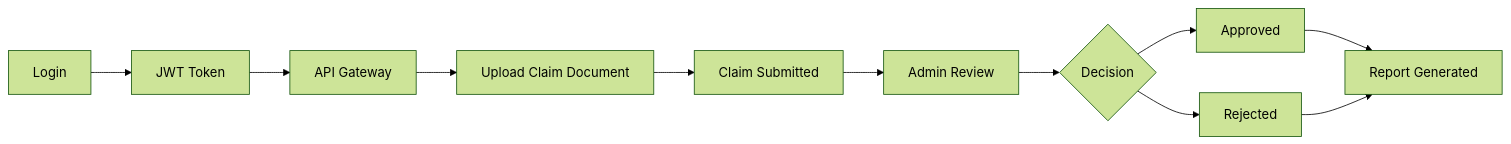
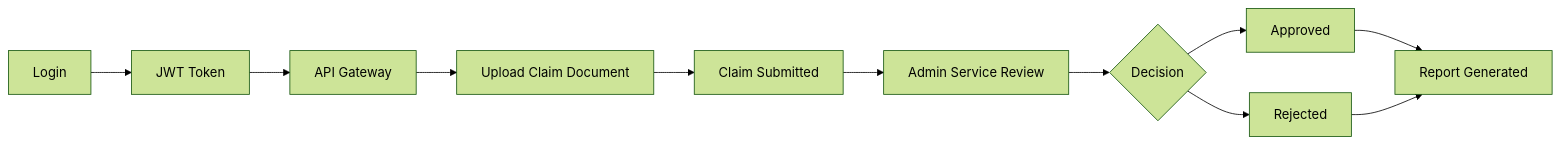
One commit to PritishSingh13/smart-sure-insurance changed the fourth of 4 diagrams in README.md. Above: the diagram before and after it, drawn with Mermaid (forest theme). The commit also changed other lines of this file, not shown here.

````diff
--- a/README.md
+++ b/README.md
@@ -213,14 +248,14 @@
 ```mermaid
 flowchart LR
 
 A[Login] --> B[JWT Token]
 B --> C[API Gateway]
 C --> D[Upload Claim Document]
 D --> E[Claim Submitted]
-E --> F[Admin Review]
+E --> F[Admin Service Review]
 F --> G{Decision}
 G --> H[Approved]
 G --> I[Rejected]
 H --> J[Report Generated]
 I --> J
 ```
````
